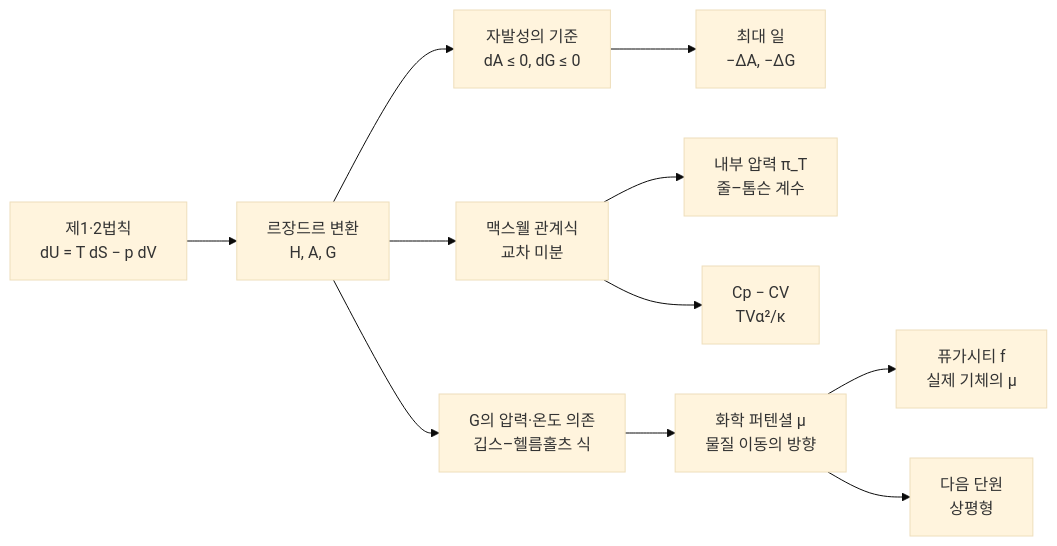
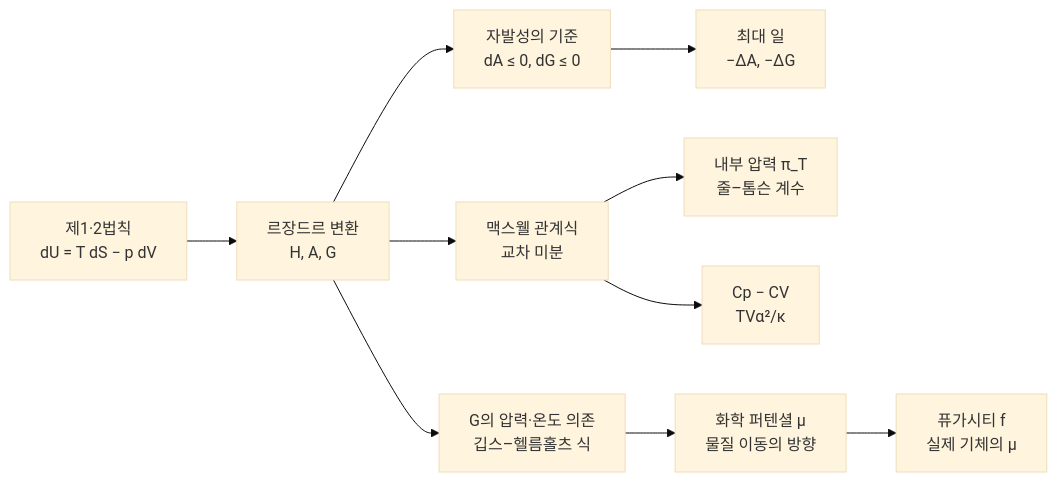
Before and after one commit to EricKOR1/sciencebook: the diagram in 대학_전공과정/물리화학/pchem-3_자유_에너지와_화학_퍼텐셜.md, drawn with Mermaid (base theme). The commit also changed other lines of this file and 4 other files, not shown here.

````diff
--- a/대학_전공과정/물리화학/pchem-3_자유_에너지와_화학_퍼텐셜.md
+++ b/대학_전공과정/물리화학/pchem-3_자유_에너지와_화학_퍼텐셜.md
@@ -51,13 +51,12 @@
 ```mermaid
 flowchart LR
     A["제1·2법칙<br/>dU = T dS − p dV"] --> B["르장드르 변환<br/>H, A, G"]
     B --> C["자발성의 기준<br/>dA ≤ 0, dG ≤ 0"]
     C --> D["최대 일<br/>−ΔA, −ΔG"]
     B --> E["맥스웰 관계식<br/>교차 미분"]
     E --> F["내부 압력 π_T<br/>줄–톰슨 계수"]
     E --> G["Cp − CV<br/>TVα²/κ"]
     B --> H["G의 압력·온도 의존<br/>깁스–헬름홀츠 식"]
     H --> I["화학 퍼텐셜 μ<br/>물질 이동의 방향"]
     I --> J["퓨가시티 f<br/>실제 기체의 μ"]
-    I --> K["다음 단원<br/>상평형"]
 ```
````
